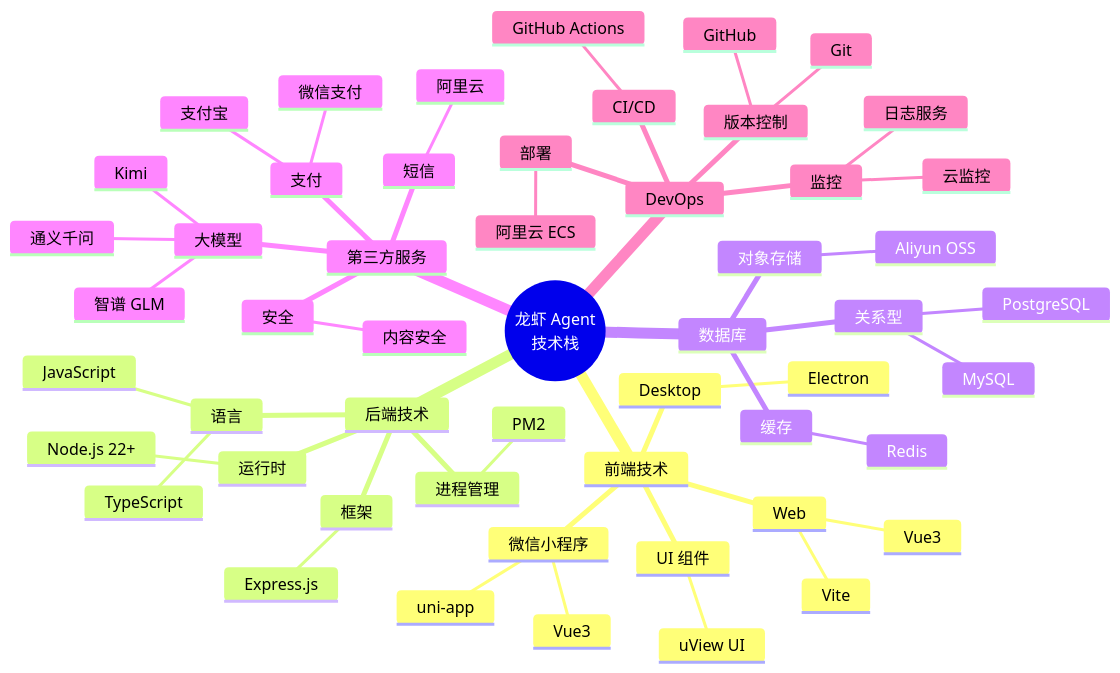
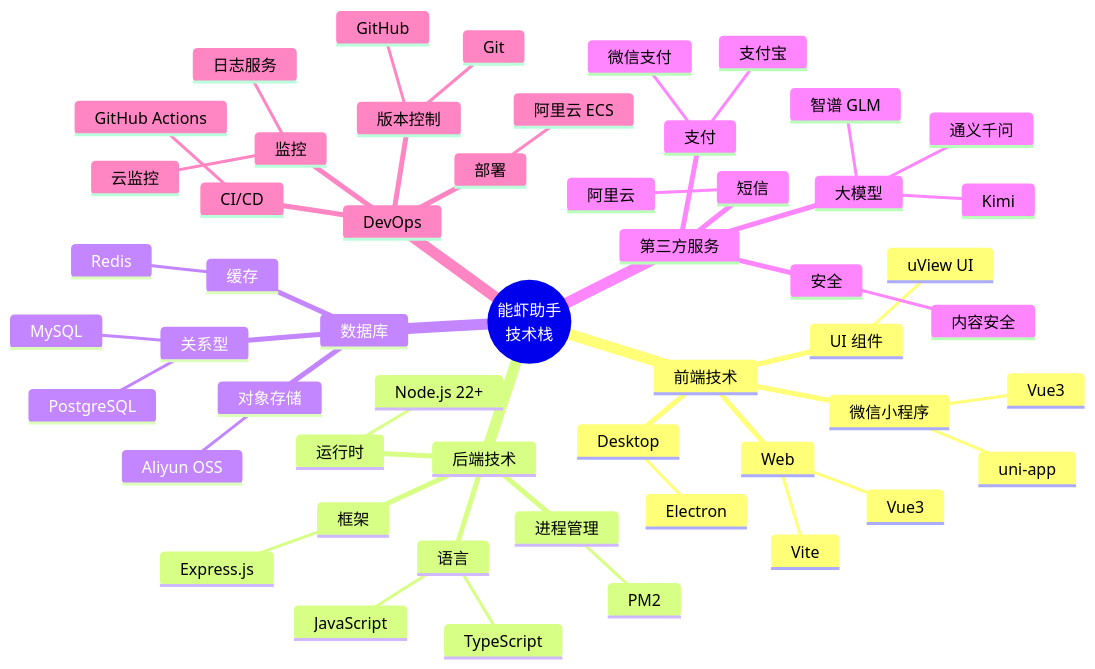
The ninth of 10 diagrams in docs/ARCHITECTURE_VISUAL.md (DonaldDuck618/lobster-app), drawn with Mermaid before and after one commit. The commit also changed other lines of this file and 56 other files, not shown here.

````diff
--- a/docs/ARCHITECTURE_VISUAL.md
+++ b/docs/ARCHITECTURE_VISUAL.md
@@ -402,56 +402,56 @@
 ```mermaid
 mindmap
-  root((龙虾 Agent<br/>技术栈))
+  root((能虾助手<br/>技术栈))
     前端技术
       微信小程序
         uni-app
         Vue3
       Web
         Vite
         Vue3
       Desktop
         Electron
       UI 组件
         uView UI
     后端技术
       运行时
         Node.js 22+
       框架
         Express.js
       语言
         JavaScript
         TypeScript
       进程管理
         PM2
     数据库
       关系型
         PostgreSQL
         MySQL
       缓存
         Redis
       对象存储
         Aliyun OSS
     第三方服务
       大模型
         通义千问
         智谱 GLM
         Kimi
       短信
         阿里云
       支付
         微信支付
         支付宝
       安全
         内容安全
     DevOps
       版本控制
         Git
         GitHub
       CI/CD
         GitHub Actions
       监控
         云监控
         日志服务
       部署
         阿里云 ECS
 ```
````
